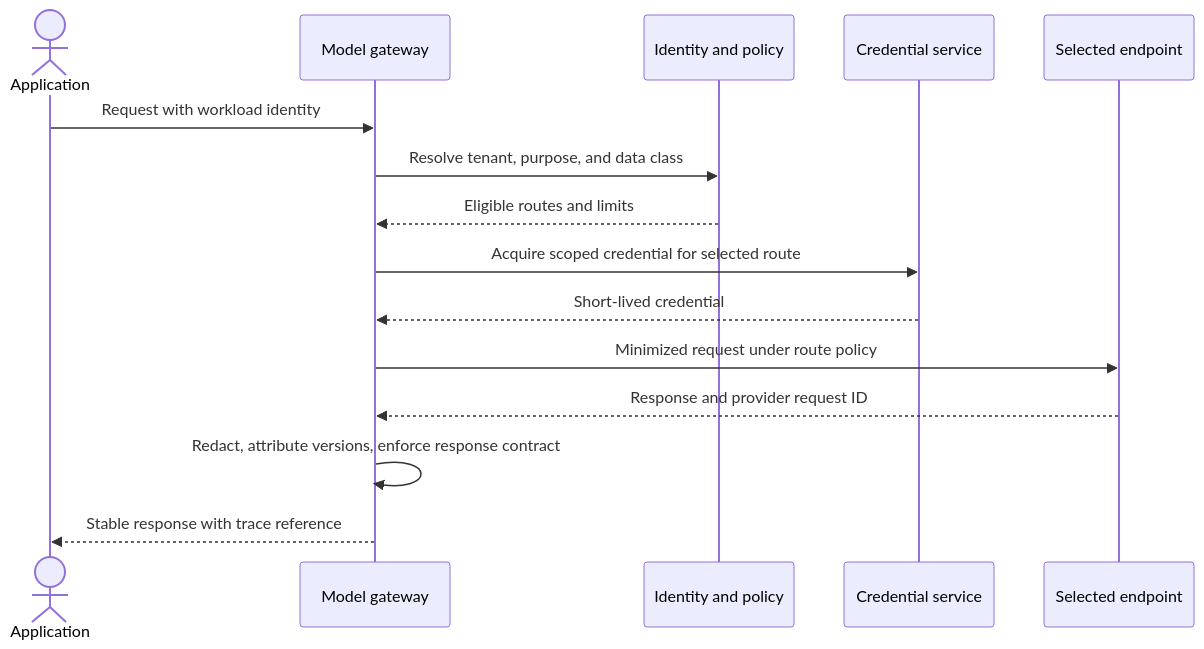
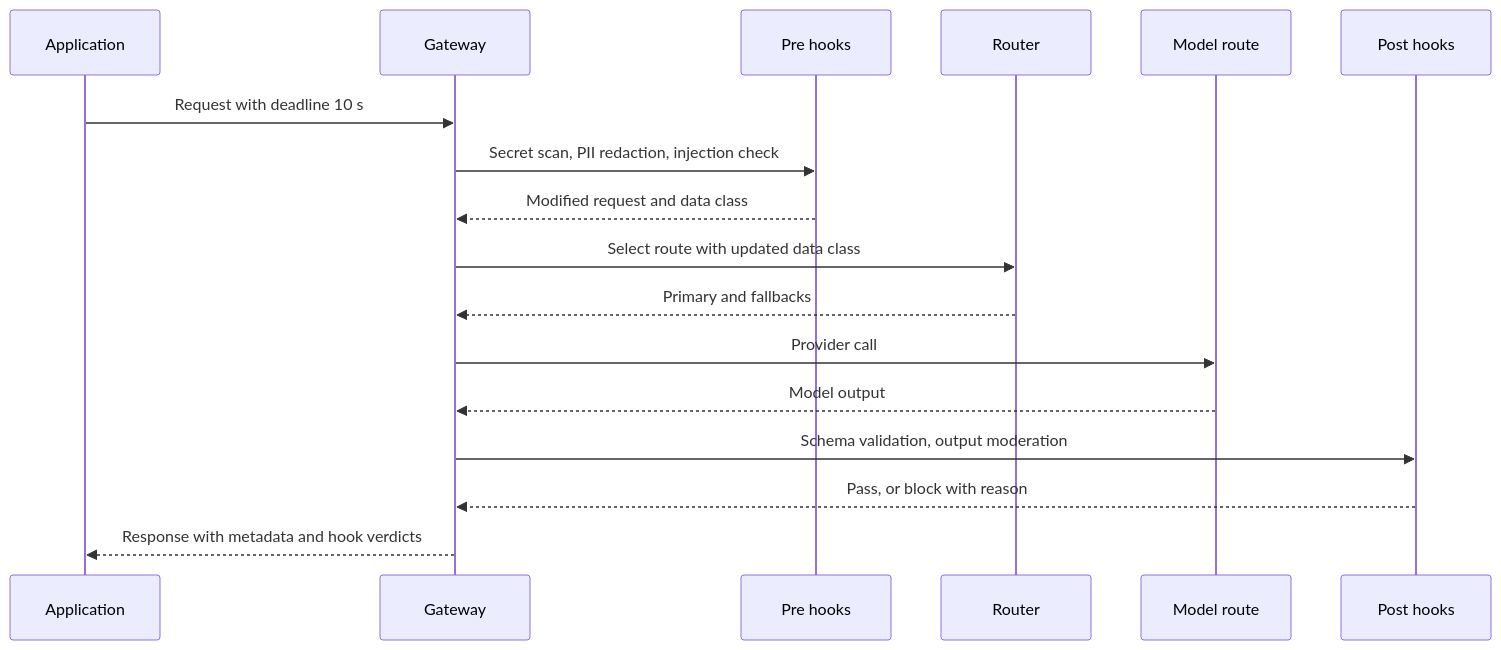
One commit to joydasss/Architect changed the tenth of 14 diagrams in 17_AI_Architecture/CH08_Model_Gateway_Routing_and_Fallback_Architecture.md. Above: the diagram before and after it, drawn with Mermaid. The commit also changed other lines of this file and 295 other files, not shown here.

````diff
--- a/17_AI_Architecture/CH08_Model_Gateway_Routing_and_Fallback_Architecture.md
+++ b/17_AI_Architecture/CH08_Model_Gateway_Routing_and_Fallback_Architecture.md
@@ -69,17 +961,19 @@
 ```mermaid
 sequenceDiagram
-    actor App as Application
-    participant Gateway as Model gateway
-    participant Identity as Identity and policy
-    participant Secret as Credential service
-    participant Provider as Selected endpoint
-    App->>Gateway: Request with workload identity
-    Gateway->>Identity: Resolve tenant, purpose, and data class
-    Identity-->>Gateway: Eligible routes and limits
-    Gateway->>Secret: Acquire scoped credential for selected route
-    Secret-->>Gateway: Short-lived credential
-    Gateway->>Provider: Minimized request under route policy
-    Provider-->>Gateway: Response and provider request ID
-    Gateway->>Gateway: Redact, attribute versions, enforce response contract
-    Gateway-->>App: Stable response with trace reference
+    participant App as Application
+    participant GW as Gateway
+    participant Pre as Pre hooks
+    participant R as Router
+    participant M as Model route
+    participant Post as Post hooks
+    App->>GW: Request with deadline 10 s
+    GW->>Pre: Secret scan, PII redaction, injection check
+    Pre-->>GW: Modified request and data class
+    GW->>R: Select route with updated data class
+    R-->>GW: Primary and fallbacks
+    GW->>M: Provider call
+    M-->>GW: Model output
+    GW->>Post: Schema validation, output moderation
+    Post-->>GW: Pass, or block with reason
+    GW-->>App: Response with metadata and hook verdicts
 ```
````
